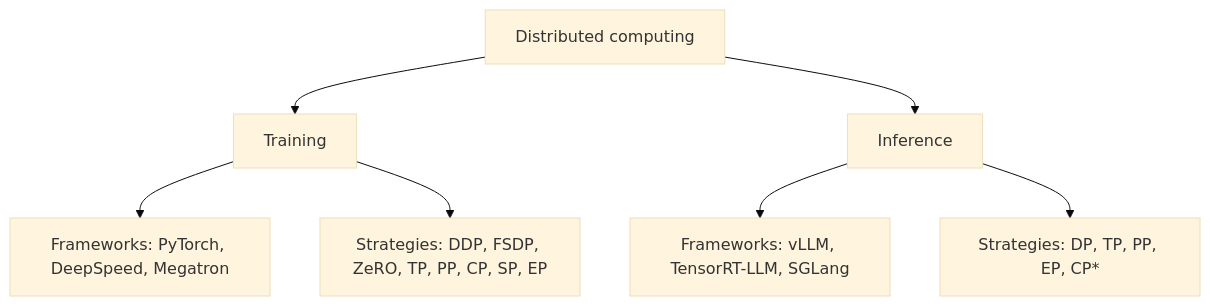
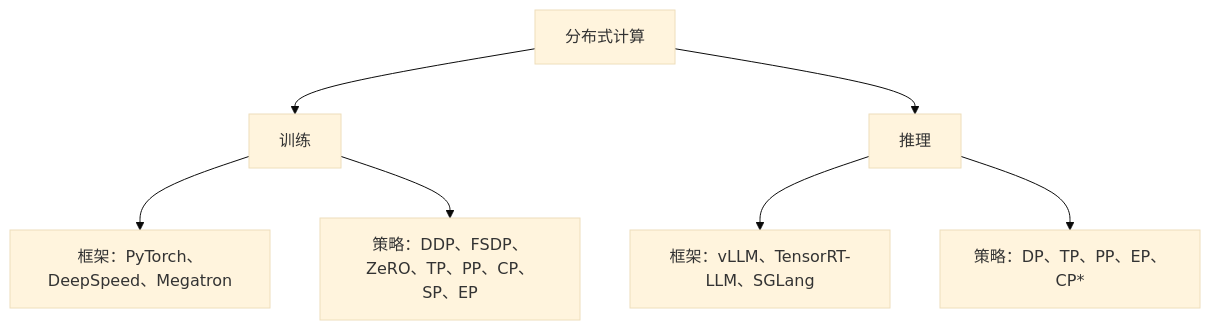
The diagram in src/content/posts/distributed-training-parallelism.md (lxy-alexander/VoidIndex), drawn with Mermaid (base theme) before and after one commit. The commit also changed other lines of this file and 4 other files, not shown here.

````diff
--- a/src/content/posts/distributed-training-parallelism.md
+++ b/src/content/posts/distributed-training-parallelism.md
@@ -15,9 +15,9 @@
 ```mermaid
 flowchart TD
-    DC["Distributed computing"] --> T[Training]
-    DC --> I[Inference]
-    T --> TF["Frameworks: PyTorch, DeepSpeed, Megatron"]
-    T --> TS["Strategies: DDP, FSDP, ZeRO, TP, PP, CP, SP, EP"]
-    I --> IF["Frameworks: vLLM, TensorRT-LLM, SGLang"]
-    I --> IS["Strategies: DP, TP, PP, EP, CP*"]
+    DC["分布式计算"] --> T[训练]
+    DC --> I[推理]
+    T --> TF["框架：PyTorch、DeepSpeed、Megatron"]
+    T --> TS["策略：DDP、FSDP、ZeRO、TP、PP、CP、SP、EP"]
+    I --> IF["框架：vLLM、TensorRT-LLM、SGLang"]
+    I --> IS["策略：DP、TP、PP、EP、CP*"]
 ```
````
